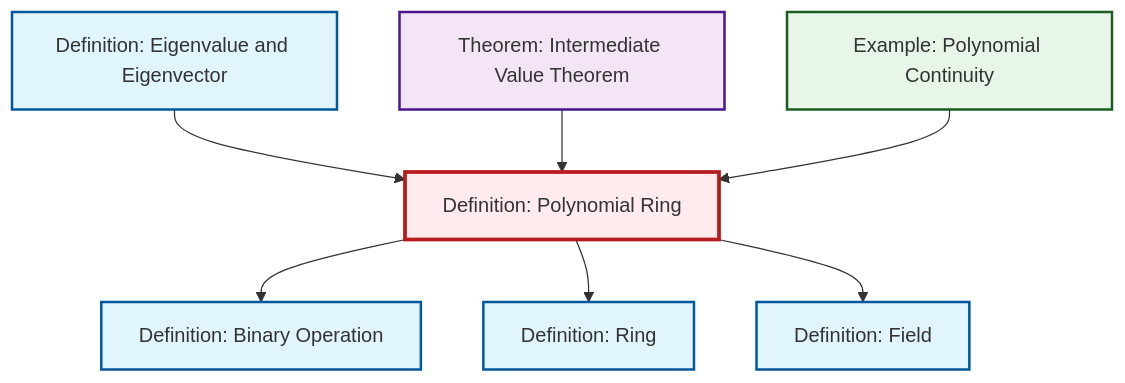
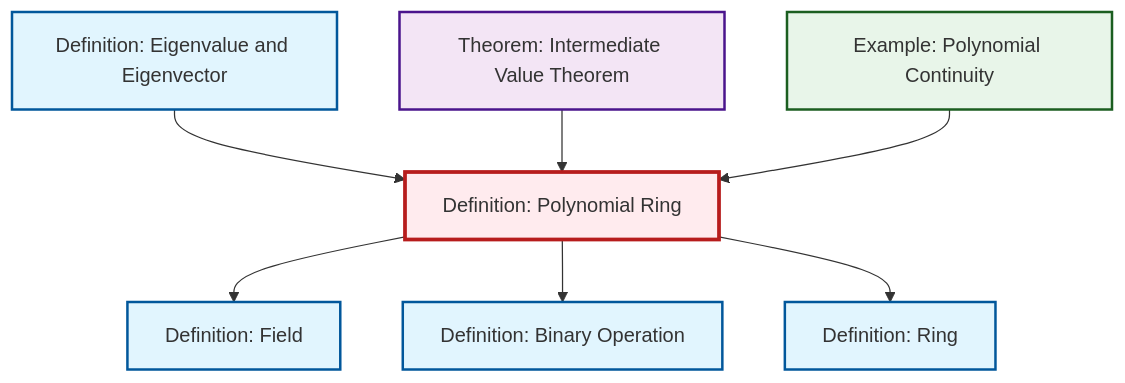
The diagram in content/ja/algebra/def-polynomial-ring.qmd (RK0429/ModernMath), drawn with Mermaid before and after one commit. The commit also changed other lines of this file and 491 other files, not shown here.

````diff
--- a/content/ja/algebra/def-polynomial-ring.qmd
+++ b/content/ja/algebra/def-polynomial-ring.qmd
@@ -94,29 +94,29 @@
 ```{mermaid}
 %%| fig-cap: "Local dependency graph"
 graph TD
     classDef definition fill:#e1f5fe,stroke:#01579b,stroke-width:2px
     classDef theorem fill:#f3e5f5,stroke:#4a148c,stroke-width:2px
     classDef axiom fill:#fff3e0,stroke:#e65100,stroke-width:2px
     classDef example fill:#e8f5e9,stroke:#1b5e20,stroke-width:2px
     classDef current fill:#ffebee,stroke:#b71c1c,stroke-width:3px
+    def-binary-operation["Definition: Binary Operation"]:::definition
+    def-eigenvalue-eigenvector["Definition: Eigenvalue and Eigenvector"]:::definition
+    thm-intermediate-value["Theorem: Intermediate Value Theorem"]:::theorem
     def-polynomial-ring["Definition: Polynomial Ring"]:::definition
-    thm-intermediate-value["Theorem: Intermediate Value Theorem"]:::theorem
-    def-binary-operation["Definition: Binary Operation"]:::definition
     def-field["Definition: Field"]:::definition
+    def-ring["Definition: Ring"]:::definition
     ex-polynomial-continuity["Example: Polynomial Continuity"]:::example
-    def-ring["Definition: Ring"]:::definition
-    def-eigenvalue-eigenvector["Definition: Eigenvalue and Eigenvector"]:::definition
+    def-polynomial-ring --> def-field
     def-eigenvalue-eigenvector --> def-polynomial-ring
+    thm-intermediate-value --> def-polynomial-ring
+    ex-polynomial-continuity --> def-polynomial-ring
     def-polynomial-ring --> def-binary-operation
-    thm-intermediate-value --> def-polynomial-ring
     def-polynomial-ring --> def-ring
-    def-polynomial-ring --> def-field
-    ex-polynomial-continuity --> def-polynomial-ring
     class def-polynomial-ring current
+    click def-binary-operation "def-binary-operation.html" "Definition: Binary Operationへ"
+    click def-eigenvalue-eigenvector "def-eigenvalue-eigenvector.html" "Definition: Eigenvalue and Eigenvectorへ"
     click thm-intermediate-value "thm-intermediate-value.html" "Theorem: Intermediate Value Theoremへ"
-    click def-binary-operation "def-binary-operation.html" "Definition: Binary Operationへ"
     click def-field "def-field.html" "Definition: Fieldへ"
+    click def-ring "def-ring.html" "Definition: Ringへ"
     click ex-polynomial-continuity "ex-polynomial-continuity.html" "Example: Polynomial Continuityへ"
-    click def-ring "def-ring.html" "Definition: Ringへ"
-    click def-eigenvalue-eigenvector "def-eigenvalue-eigenvector.html" "Definition: Eigenvalue and Eigenvectorへ"
 ```
````
